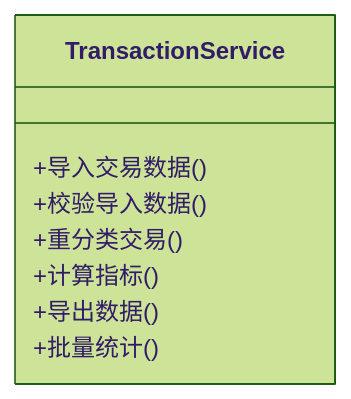
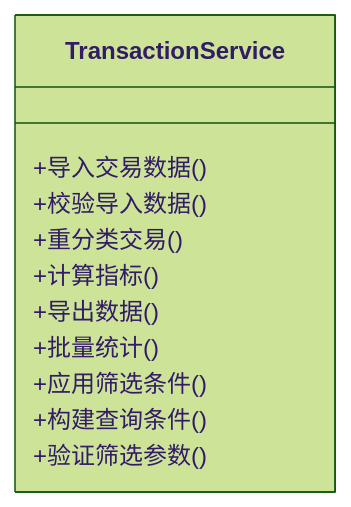
The fourth of 8 diagrams in .qoder/repowiki/zh/content/核心模块/交易分析模块.md (Damao997/newproject), drawn with Mermaid (forest theme) before and after one commit. The commit also changed other lines of this file and 7 other files, not shown here.

````diff
--- a/.qoder/repowiki/zh/content/核心模块/交易分析模块.md
+++ b/.qoder/repowiki/zh/content/核心模块/交易分析模块.md
@@ -184,11 +204,14 @@
 ```mermaid
 classDiagram
 class TransactionService {
 +导入交易数据()
 +校验导入数据()
 +重分类交易()
 +计算指标()
 +导出数据()
 +批量统计()
++应用筛选条件()
++构建查询条件()
++验证筛选参数()
 }
 ```
````
